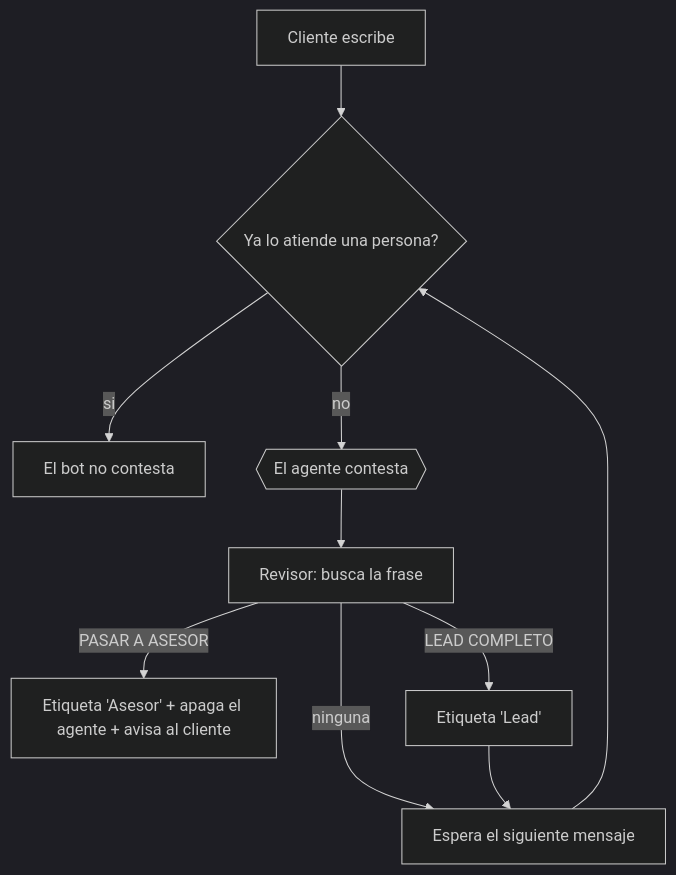
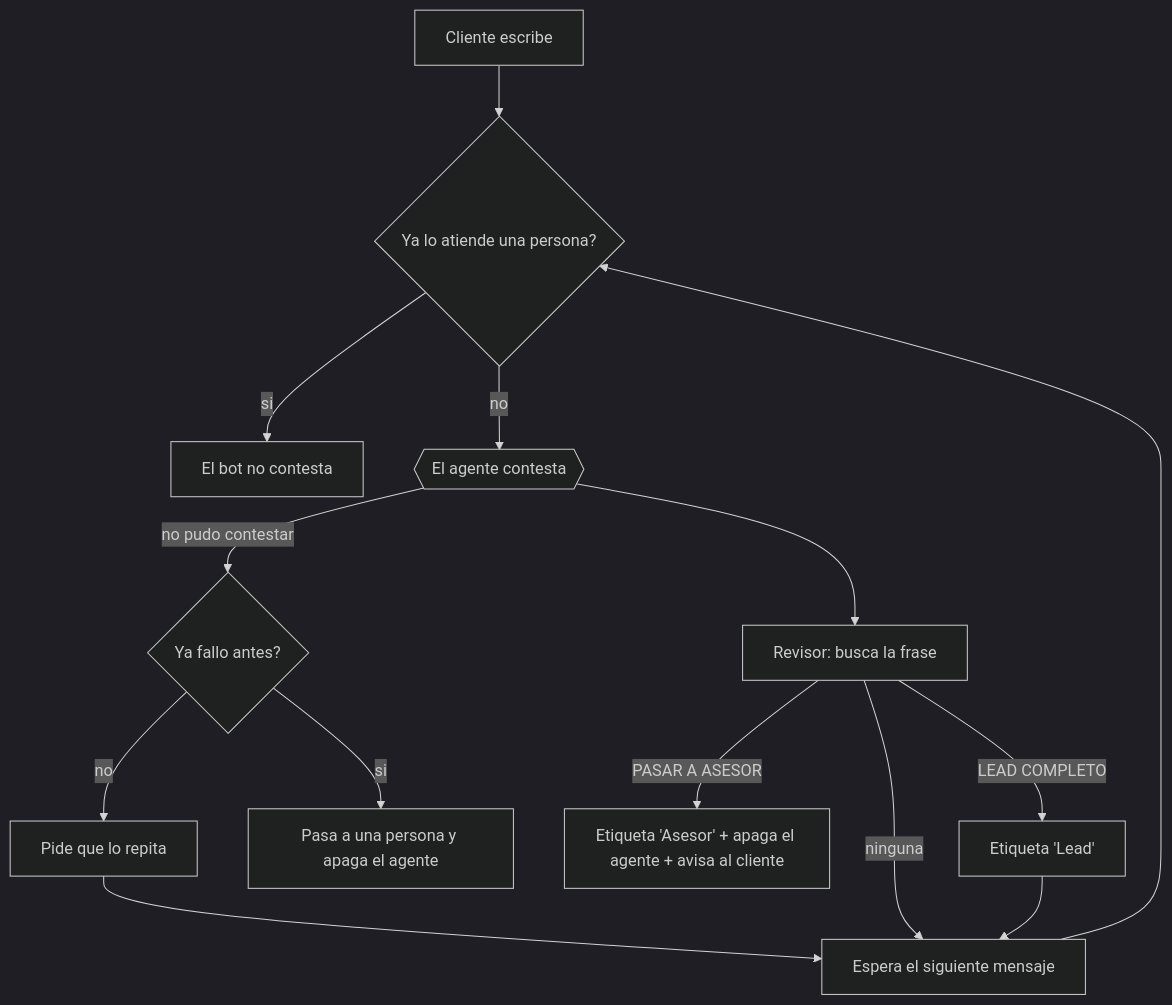
Before and after one commit to laestrategiamd/plugins-botcake: the diagram in plugins/botcake-mi-primer-bot/skills/botcake-mi-primer-bot/references/05-flujo.md, drawn with Mermaid (dark theme). The commit also changed other lines of this file and 12 other files, not shown here.

````diff
--- a/plugins/botcake-mi-primer-bot/skills/botcake-mi-primer-bot/references/05-flujo.md
+++ b/plugins/botcake-mi-primer-bot/skills/botcake-mi-primer-bot/references/05-flujo.md
@@ -88,12 +91,16 @@
 ```mermaid
 flowchart TD
     A[Cliente escribe] --> P{Ya lo atiende una persona?}
     P -->|si| S[El bot no contesta]
     P -->|no| C{{El agente contesta}}
     C --> D[Revisor: busca la frase]
+    C -->|no pudo contestar| R{Ya fallo antes?}
+    R -->|no| Q[Pide que lo repita]
+    Q --> W
+    R -->|si| H[Pasa a una persona y apaga el agente]
     D -->|PASAR A ASESOR| E[Etiqueta 'Asesor' + apaga el agente + avisa al cliente]
     D -->|LEAD COMPLETO| F[Etiqueta 'Lead']
     D -->|ninguna| W[Espera el siguiente mensaje]
     F --> W
     W --> P
 ```
````
